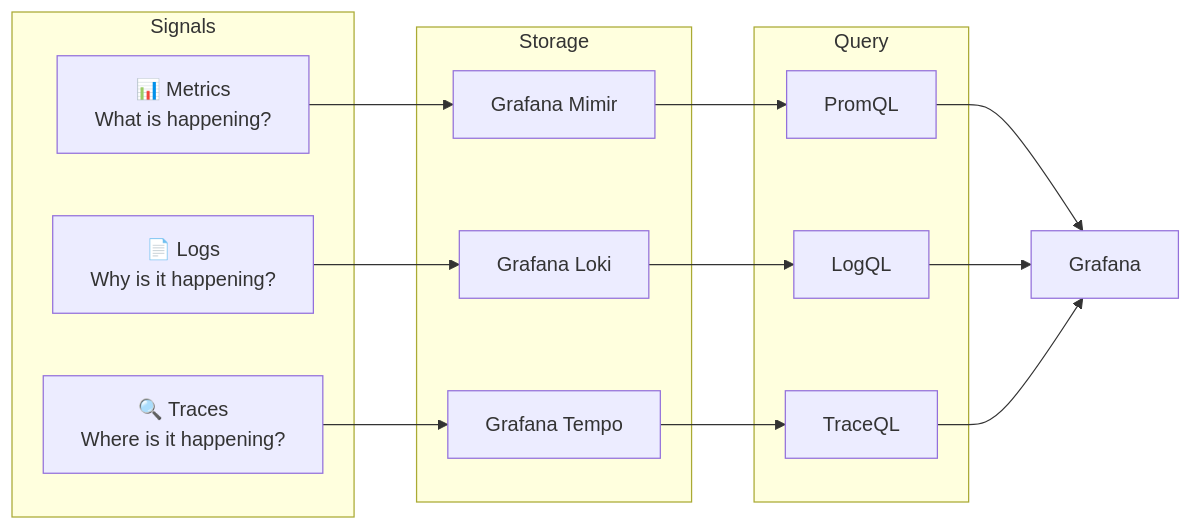
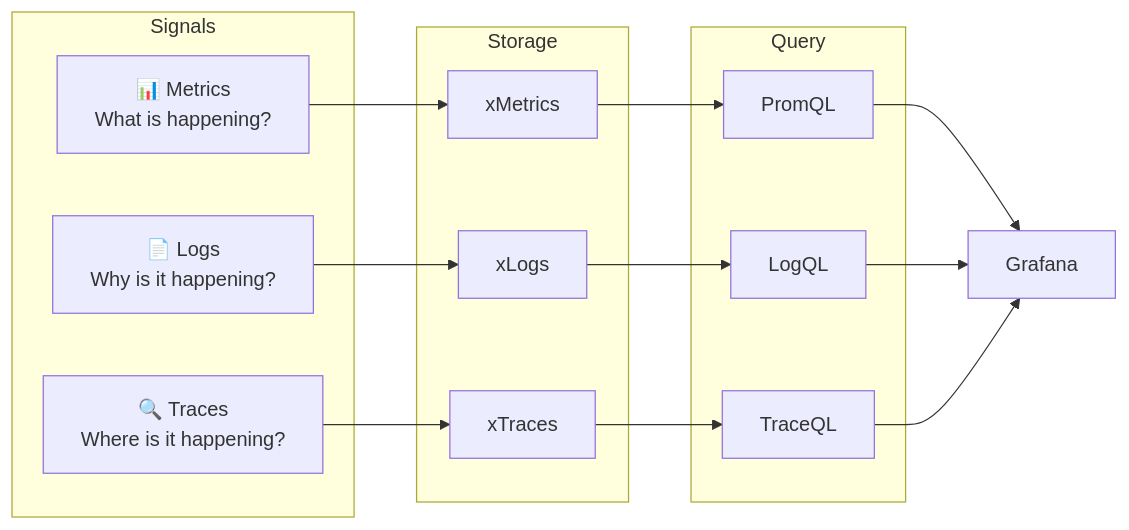
The first of 3 diagrams in docs/session-1/observability-fundamentals.md (xscaler/training), drawn with Mermaid before and after one commit. The commit also changed other lines of this file and 29 other files, not shown here.

````diff
--- a/docs/session-1/observability-fundamentals.md
+++ b/docs/session-1/observability-fundamentals.md
@@ -16,22 +16,22 @@
 ```mermaid
 graph LR
     subgraph Signals
         M["📊 Metrics\nWhat is happening?"]
         L["📄 Logs\nWhy is it happening?"]
         T["🔍 Traces\nWhere is it happening?"]
     end
     subgraph Storage
-        MI[Grafana Mimir]
-        LO[Grafana Loki]
-        TE[Grafana Tempo]
+        MI[xMetrics]
+        LO[xLogs]
+        TE[xTraces]
     end
     subgraph Query
         PQL[PromQL]
         LQL[LogQL]
         TQL[TraceQL]
     end
     M --> MI --> PQL
     L --> LO --> LQL
     T --> TE --> TQL
     PQL & LQL & TQL --> GR[Grafana]
 ```
````
